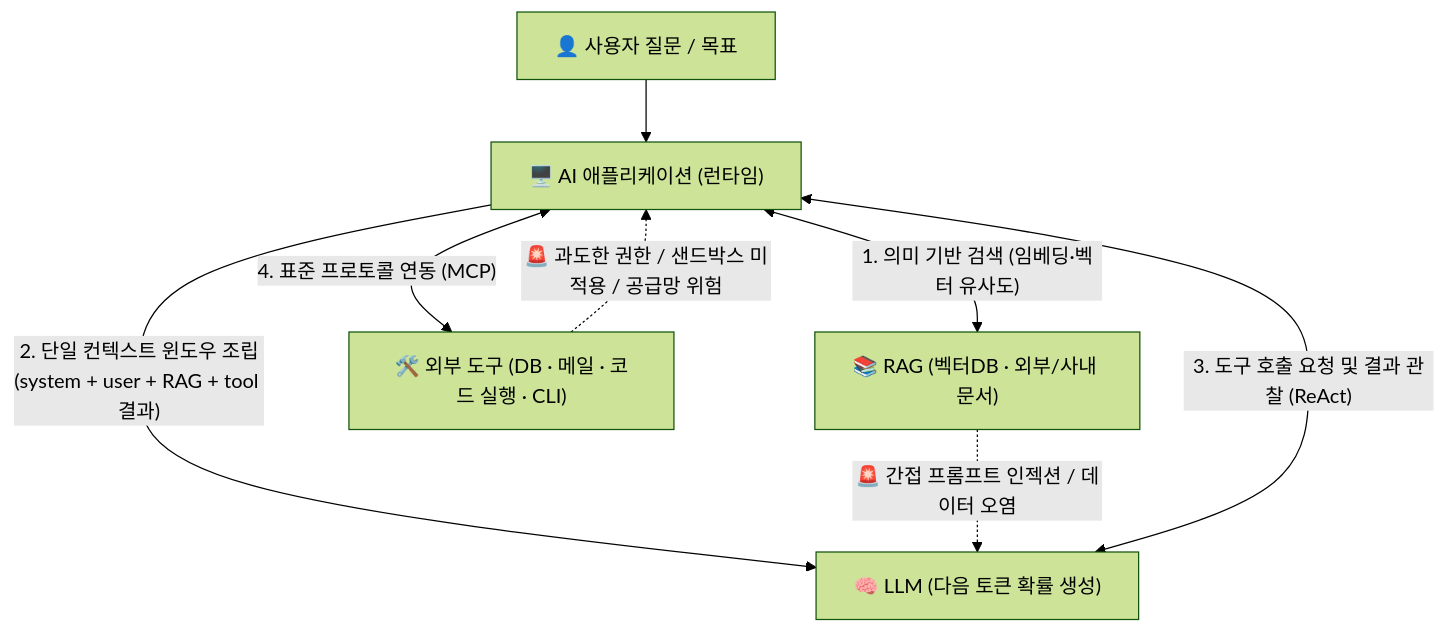
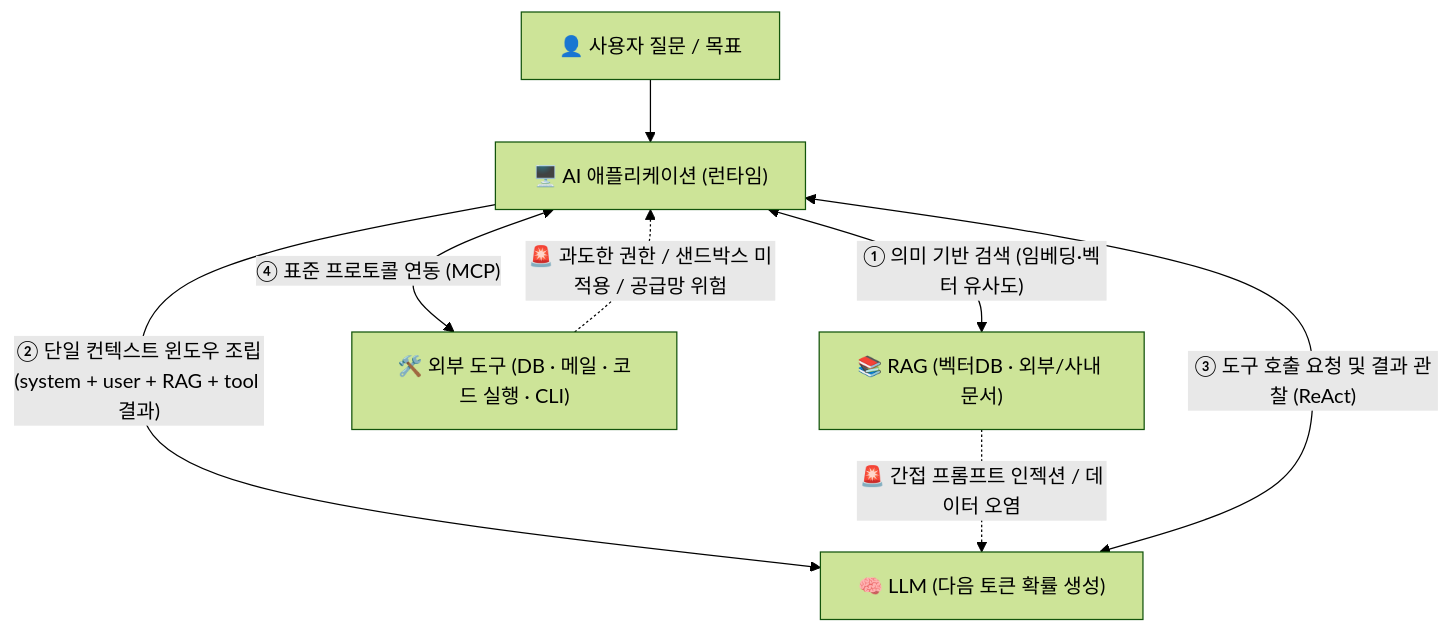
The first of 4 diagrams in content/LLM/LLM 입문 — 거대언어모델·에이전트·RAG 개념 정리.md (gooyong-sec/gooyong-sec.github.io), drawn with Mermaid (forest theme) before and after one commit. The commit also changed 6 other files, not shown here.

First line of the commit message:
fix: avoid mermaid markdown-list misparse in numbered edge labels

````diff
--- a/content/LLM/LLM 입문 — 거대언어모델·에이전트·RAG 개념 정리.md
+++ b/content/LLM/LLM 입문 — 거대언어모델·에이전트·RAG 개념 정리.md
@@ -18,10 +18,10 @@
 ```mermaid
 flowchart TD
     User["👤 사용자 질문 / 목표"] --> App["🖥️ AI 애플리케이션 (런타임)"]
-    App <-->|"1. 의미 기반 검색 (임베딩·벡터 유사도)"| RAG["📚 RAG (벡터DB · 외부/사내 문서)"]
-    App -->|"2. 단일 컨텍스트 윈도우 조립<br/>(system + user + RAG + tool 결과)"| LLM["🧠 LLM (다음 토큰 확률 생성)"]
-    LLM <-->|"3. 도구 호출 요청 및 결과 관찰 (ReAct)"| App
-    App <-->|"4. 표준 프로토콜 연동 (MCP)"| Tools["🛠️ 외부 도구 (DB · 메일 · 코드 실행 · CLI)"]
+    App <-->|"① 의미 기반 검색 (임베딩·벡터 유사도)"| RAG["📚 RAG (벡터DB · 외부/사내 문서)"]
+    App -->|"② 단일 컨텍스트 윈도우 조립<br/>(system + user + RAG + tool 결과)"| LLM["🧠 LLM (다음 토큰 확률 생성)"]
+    LLM <-->|"③ 도구 호출 요청 및 결과 관찰 (ReAct)"| App
+    App <-->|"④ 표준 프로토콜 연동 (MCP)"| Tools["🛠️ 외부 도구 (DB · 메일 · 코드 실행 · CLI)"]
     RAG -.->|"🚨 간접 프롬프트 인젝션 / 데이터 오염"| LLM
     Tools -.->|"🚨 과도한 권한 / 샌드박스 미적용 / 공급망 위험"| App
 ```
````
